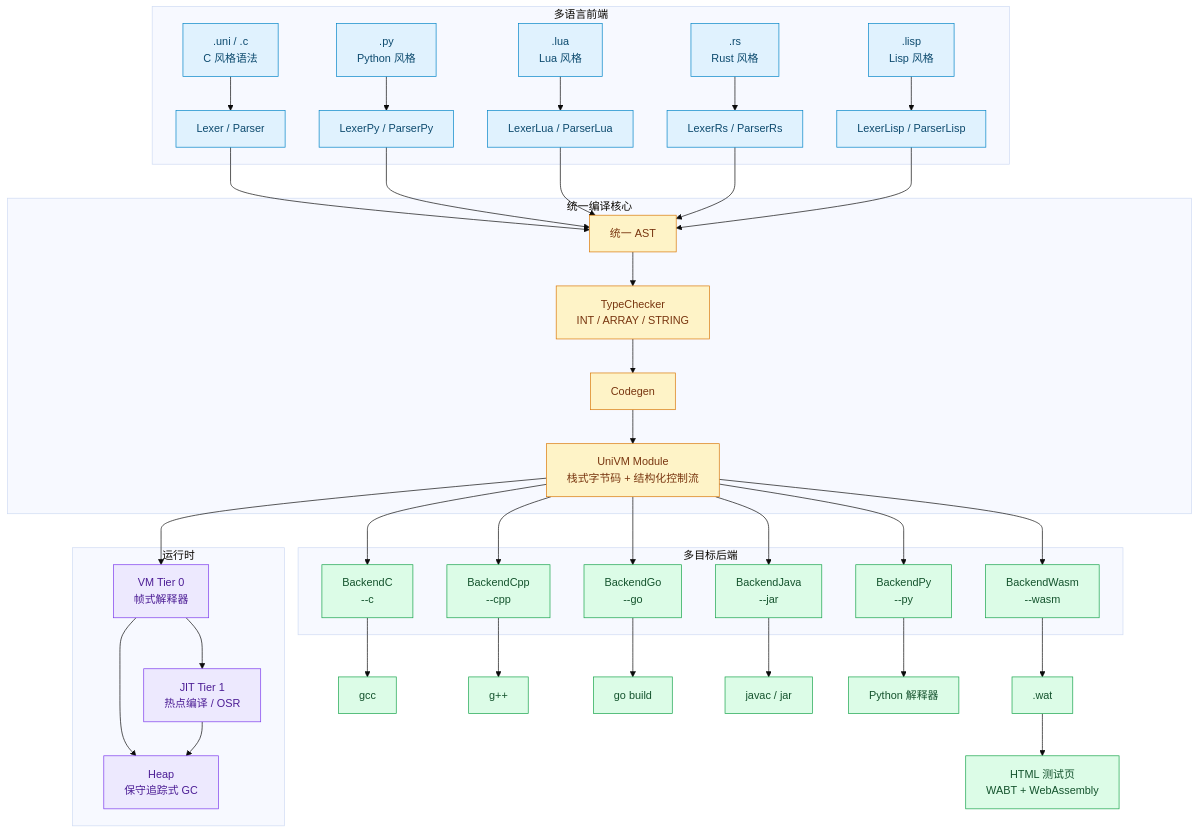
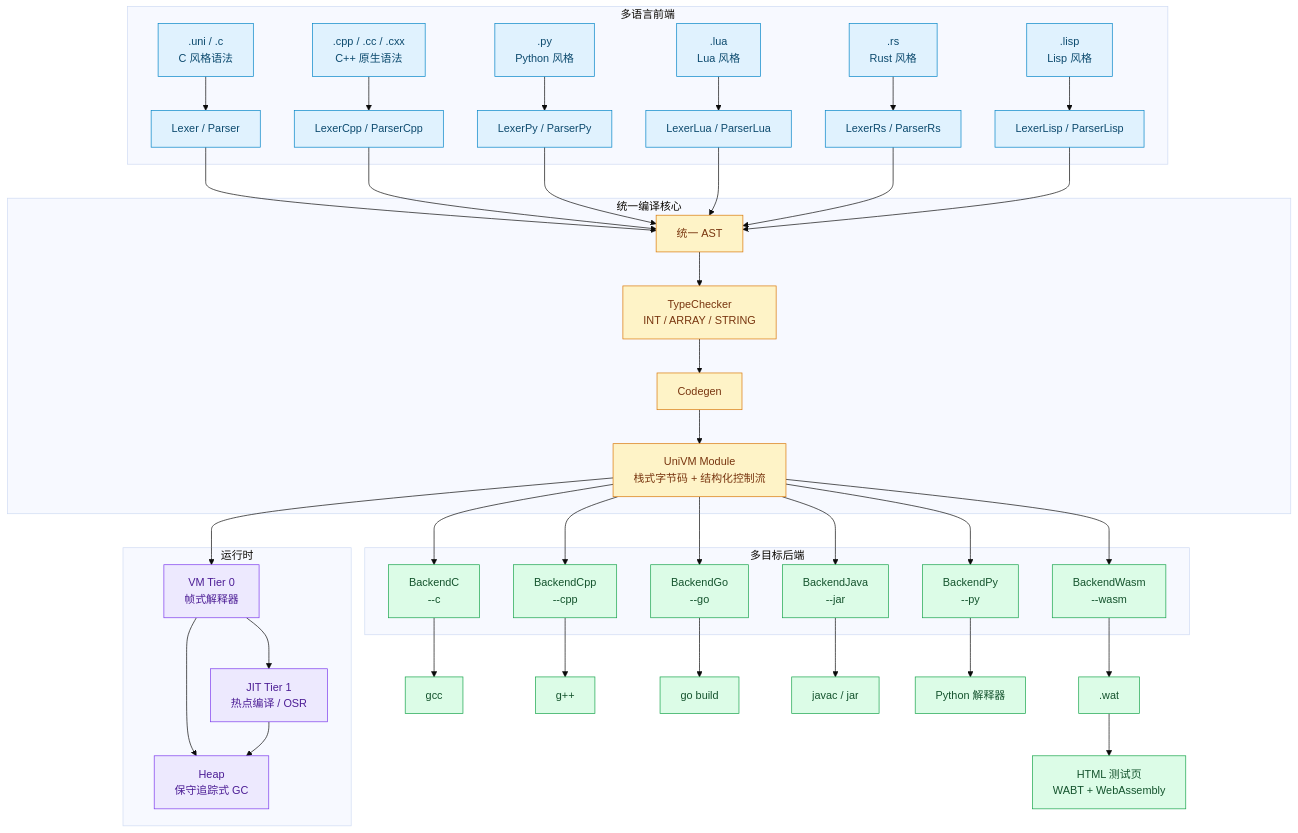
The diagram in README.md (liyinqi1917/Uni_vm), drawn with Mermaid (base theme) before and after one commit. The commit also changed other lines of this file and 12 other files, not shown here.

````diff
--- a/README.md
+++ b/README.md
@@ -66,78 +66,82 @@
 ```mermaid
 flowchart TB
     subgraph FE["多语言前端"]
         FE_UNI[".uni / .c<br/>C 风格语法"]
+        FE_CPP[".cpp / .cc / .cxx<br/>C++ 原生语法"]
         FE_PY[".py<br/>Python 风格"]
         FE_LUA[".lua<br/>Lua 风格"]
         FE_RS[".rs<br/>Rust 风格"]
         FE_LISP[".lisp<br/>Lisp 风格"]
         FE_C["Lexer / Parser"]
+        FE_CPP_P["LexerCpp / ParserCpp"]
         FE_PY_P["LexerPy / ParserPy"]
         FE_LUA_P["LexerLua / ParserLua"]
         FE_RS_P["LexerRs / ParserRs"]
         FE_LISP_P["LexerLisp / ParserLisp"]
         FE_UNI --> FE_C
+        FE_CPP --> FE_CPP_P
         FE_PY --> FE_PY_P
         FE_LUA --> FE_LUA_P
         FE_RS --> FE_RS_P
         FE_LISP --> FE_LISP_P
     end
 
     subgraph CORE["统一编译核心"]
         AST["统一 AST"]
         TC["TypeChecker<br/>INT / ARRAY / STRING"]
         CG["Codegen"]
         IR["UniVM Module<br/>栈式字节码 + 结构化控制流"]
         AST --> TC --> CG --> IR
     end
 
     FE_C --> AST
+    FE_CPP_P --> AST
     FE_PY_P --> AST
     FE_LUA_P --> AST
     FE_RS_P --> AST
     FE_LISP_P --> AST
 
     subgraph RT["运行时"]
         VM["VM Tier 0<br/>帧式解释器"]
         JIT["JIT Tier 1<br/>热点编译 / OSR"]
         HEAP["Heap<br/>保守追踪式 GC"]
         VM --> JIT
         VM --> HEAP
         JIT --> HEAP
     end
 
     IR --> VM
 
     subgraph BE["多目标后端"]
         BE_C["BackendC<br/>--c"]
         BE_CPP["BackendCpp<br/>--cpp"]
         BE_GO["BackendGo<br/>--go"]
         BE_JAR["BackendJava<br/>--jar"]
         BE_PY["BackendPy<br/>--py"]
         BE_WASM["BackendWasm<br/>--wasm"]
     end
 
     IR --> BE_C
     IR --> BE_CPP
     IR --> BE_GO
     IR --> BE_JAR
     IR --> BE_PY
     IR --> BE_WASM
 
     BE_C --> TOOL_GCC["gcc"]
     BE_CPP --> TOOL_GPP["g++"]
     BE_GO --> TOOL_GO["go build"]
     BE_JAR --> TOOL_JDK["javac / jar"]
     BE_PY --> TOOL_PY["Python 解释器"]
     BE_WASM --> WASM_WAT[".wat"]
     WASM_WAT --> WASM_HTML["HTML 测试页<br/>WABT + WebAssembly"]
 
     classDef fe fill:#e0f2fe,stroke:#0284c7,color:#0c4a6e;
     classDef core fill:#fef3c7,stroke:#d97706,color:#78350f;
     classDef runtime fill:#ede9fe,stroke:#7c3aed,color:#4c1d95;
     classDef backend fill:#dcfce7,stroke:#16a34a,color:#14532d;
-    class FE_UNI,FE_PY,FE_LUA,FE_RS,FE_LISP,FE_C,FE_PY_P,FE_LUA_P,FE_RS_P,FE_LISP_P fe;
+    class FE_UNI,FE_CPP,FE_PY,FE_LUA,FE_RS,FE_LISP,FE_C,FE_CPP_P,FE_PY_P,FE_LUA_P,FE_RS_P,FE_LISP_P fe;
     class AST,TC,CG,IR core;
     class VM,JIT,HEAP runtime;
     class BE_C,BE_CPP,BE_GO,BE_JAR,BE_PY,BE_WASM,TOOL_GCC,TOOL_GPP,TOOL_GO,TOOL_JDK,TOOL_PY,WASM_WAT,WASM_HTML backend;
 ```
````
